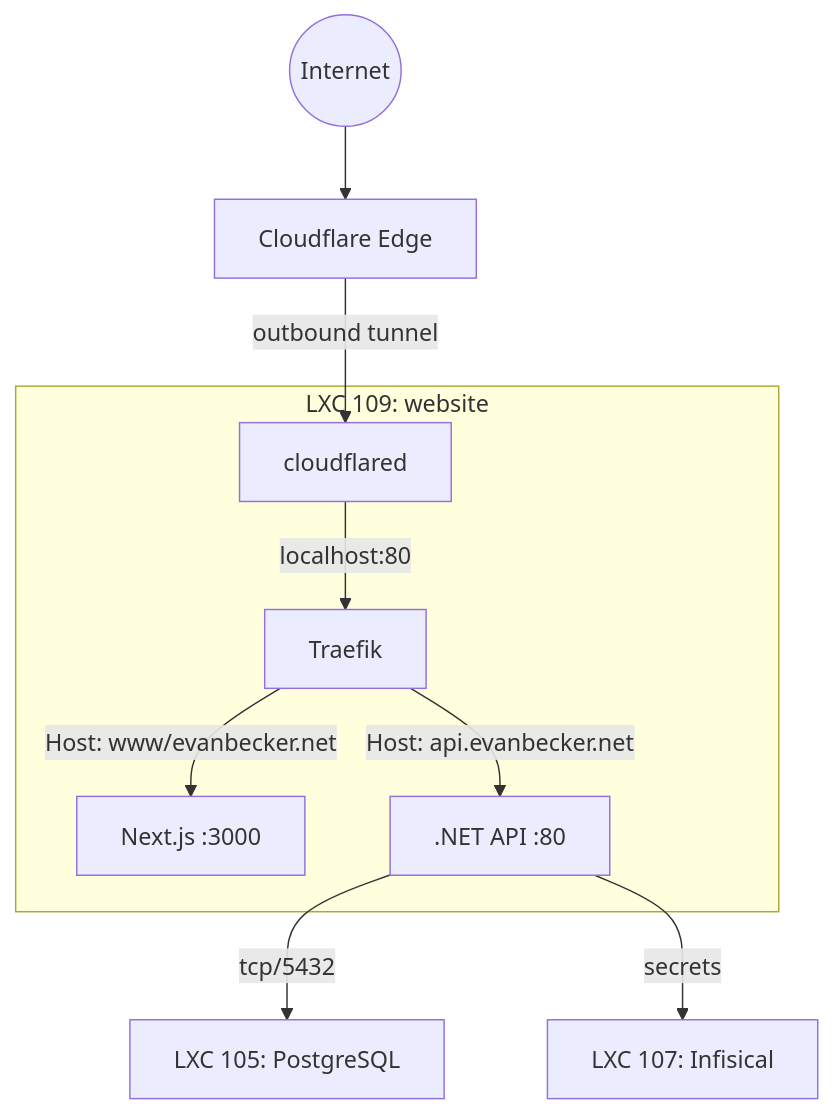
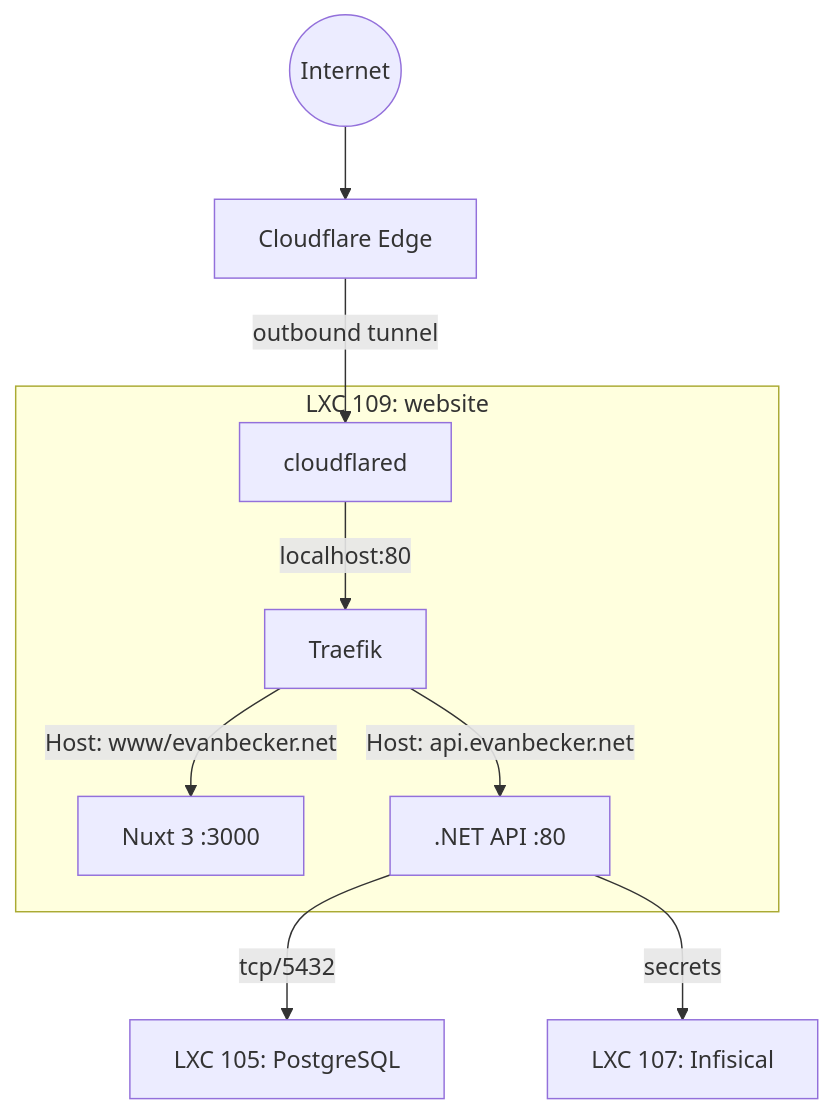
The diagram in infrastructure/website-lxc-setup.md (Evanflow-Studio/www.evanbecker.net), drawn with Mermaid before and after one commit. The commit also changed other lines of this file and 209 other files, not shown here.

First line of the commit message:
Replace Next.js frontend with Nuxt 3

````diff
--- a/infrastructure/website-lxc-setup.md
+++ b/infrastructure/website-lxc-setup.md
@@ -7,14 +7,14 @@
 ```mermaid
 graph TB
     Internet((Internet)) --> CF[Cloudflare Edge]
     CF -->|outbound tunnel| Cloudflared
 
     subgraph LXC109["LXC 109: website"]
         Cloudflared[cloudflared] -->|localhost:80| Traefik
-        Traefik -->|Host: www/evanbecker.net| Client[Next.js :3000]
+        Traefik -->|Host: www/evanbecker.net| Client[Nuxt 3 :3000]
         Traefik -->|Host: api.evanbecker.net| API[.NET API :80]
     end
 
     API -->|tcp/5432| LXC105["LXC 105: PostgreSQL"]
     API -->|secrets| LXC107["LXC 107: Infisical"]
 ```
````
